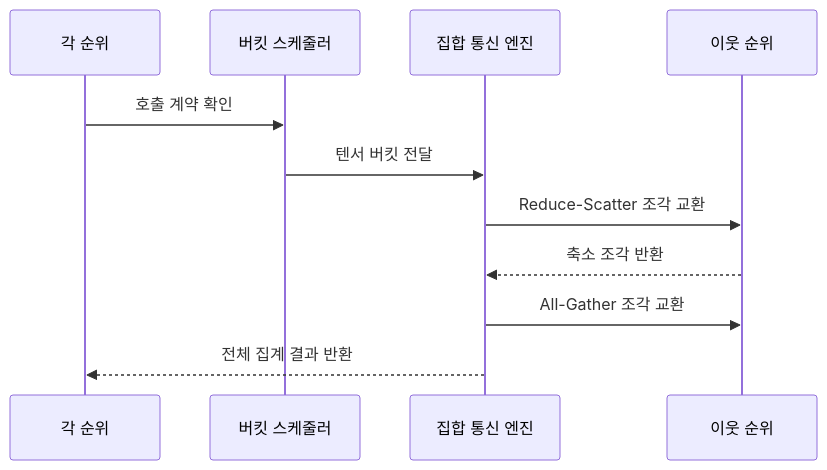
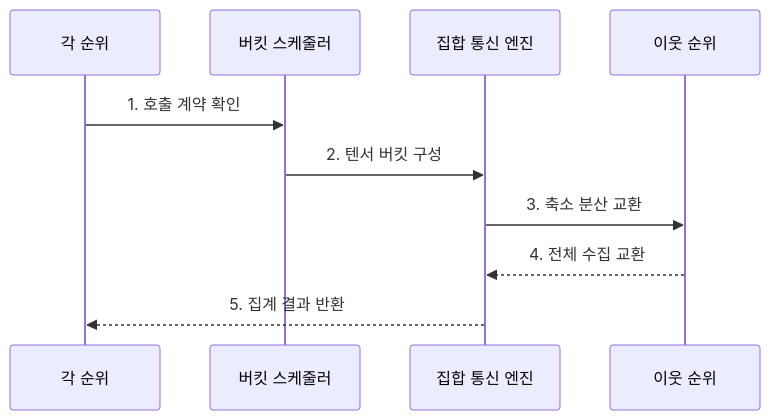
One commit to agnusdei1207/knowledge-base changed the second of 2 diagrams in src/content/docs/notes/04-network/106_all_reduce_collective_communication.md. Above: the diagram before and after it, drawn with Mermaid. The commit also changed other lines of this file and 21 other files, not shown here.

````diff
--- a/src/content/docs/notes/04-network/106_all_reduce_collective_communication.md
+++ b/src/content/docs/notes/04-network/106_all_reduce_collective_communication.md
@@ -81,13 +82,12 @@
 ```mermaid
 sequenceDiagram
     participant R as 각 순위
     participant S as 버킷 스케줄러
     participant C as 집합 통신 엔진
     participant N as 이웃 순위
-    R->>S: 호출 계약 확인
-    S->>C: 텐서 버킷 전달
-    C->>N: Reduce-Scatter 조각 교환
-    N-->>C: 축소 조각 반환
-    C->>N: All-Gather 조각 교환
-    C-->>R: 전체 집계 결과 반환
+    R->>S: 1. 호출 계약 확인
+    S->>C: 2. 텐서 버킷 구성
+    C->>N: 3. 축소 분산 교환
+    N-->>C: 4. 전체 수집 교환
+    C-->>R: 5. 집계 결과 반환
 ```
````
